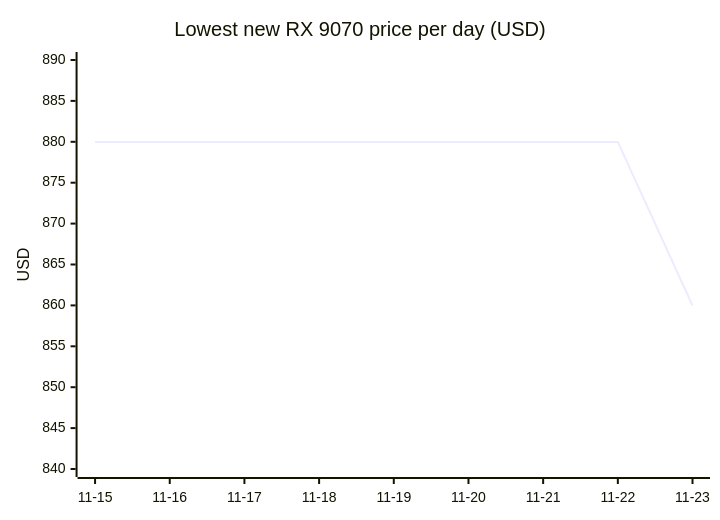
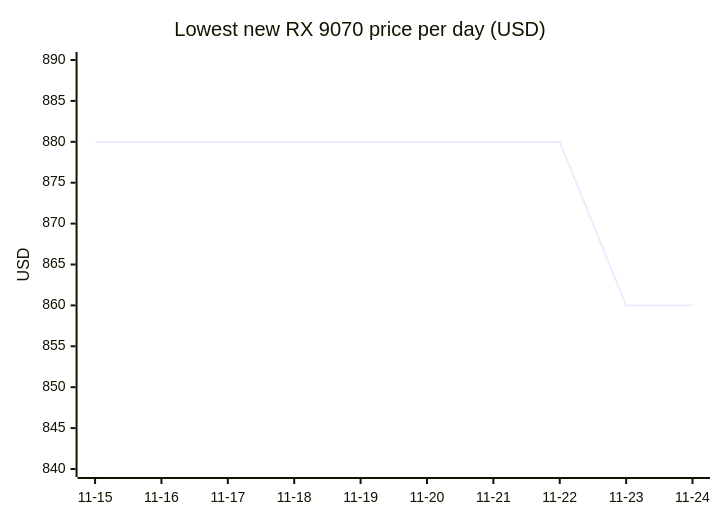
Diagram 12 of 18 in README.md (7324136828/4tb_ssd_price_watch), drawn with Mermaid before and after one commit. The commit also changed other lines of this file, not shown here.

````diff
--- a/README.md
+++ b/README.md
@@ -1157,7 +1227,7 @@
 ```mermaid
 xychart-beta
     title "Lowest new RX 9070 price per day (USD)"
-    x-axis ["11-15", "11-16", "11-17", "11-18", "11-19", "11-20", "11-21", "11-22", "11-23"]
+    x-axis ["11-15", "11-16", "11-17", "11-18", "11-19", "11-20", "11-21", "11-22", "11-23", "11-24"]
     y-axis "USD" 840 --> 890
-    line [879.99, 879.99, 879.99, 879.99, 879.99, 879.99, 879.99, 879.99, 859.99]
+    line [879.99, 879.99, 879.99, 879.99, 879.99, 879.99, 879.99, 879.99, 859.99, 859.99]
 ```
````
